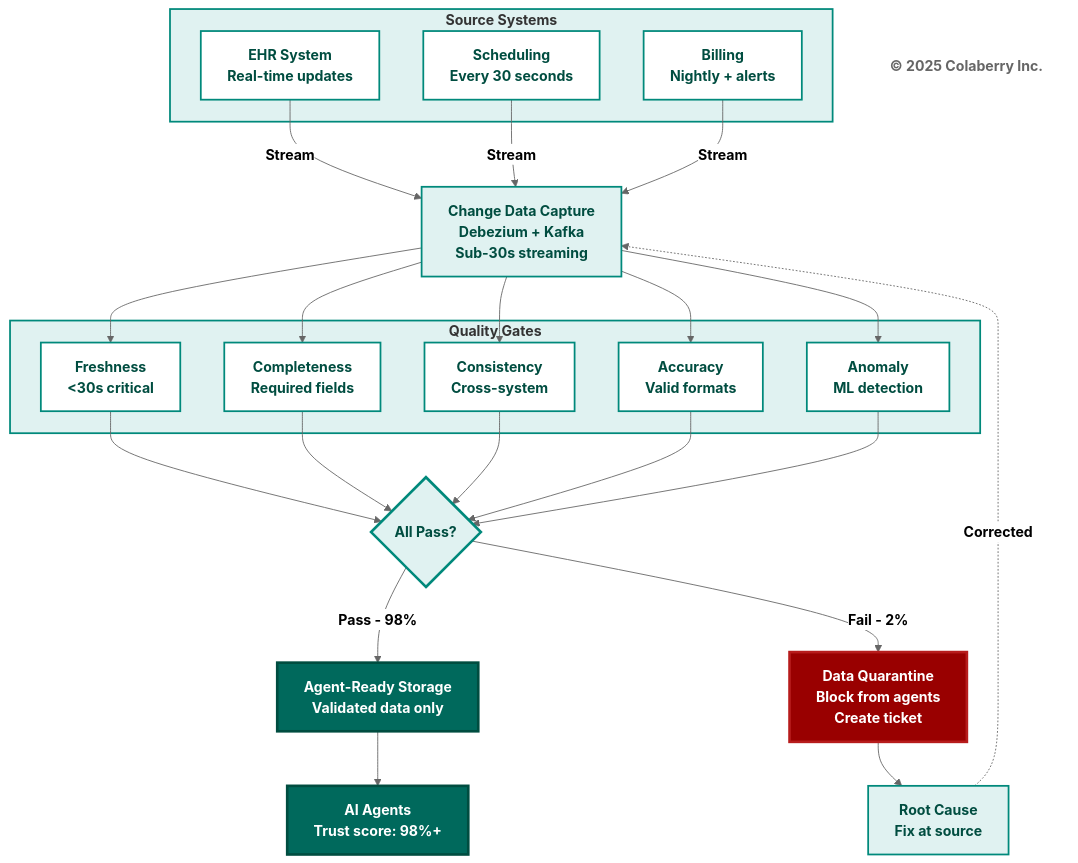
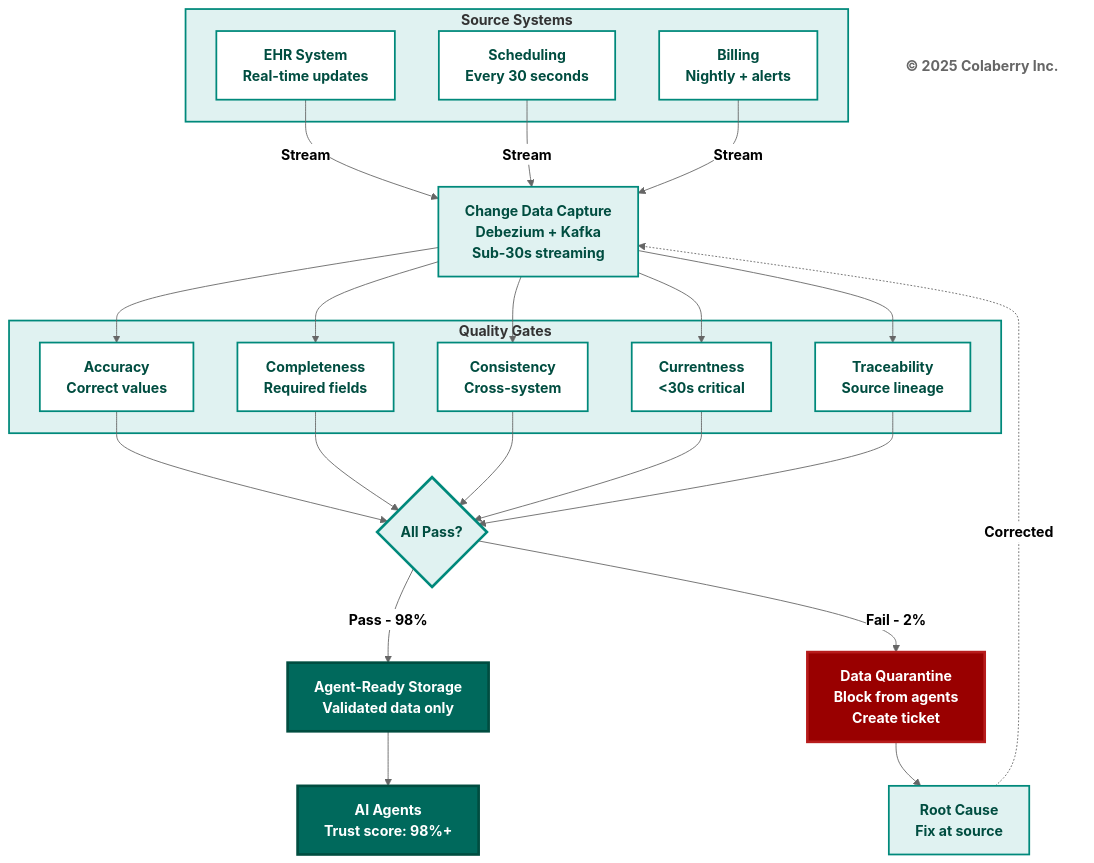
Before and after one commit to saitejesh-cyber/trust-before-intelligence-book: diagram 11 of 14 in manuscript/08_chapter_7_goals_framework.md, drawn with Mermaid (neutral theme). The commit also changed other lines of this file and 1 other file, not shown here.

````diff
--- a/manuscript/08_chapter_7_goals_framework.md
+++ b/manuscript/08_chapter_7_goals_framework.md
@@ -1426,65 +1416,65 @@
 ```mermaid
 graph TB
     subgraph SOURCES["<b>Source Systems</b>"]
         S1["<b>EHR System</b><br/><b>Real-time updates</b>"]
         S2["<b>Scheduling</b><br/><b>Every 30 seconds</b>"]
         S3["<b>Billing</b><br/><b>Nightly + alerts</b>"]
     end
     
     CDC["<b>Change Data Capture</b><br/><b>Debezium + Kafka</b><br/><b>Sub-30s streaming</b>"]
     
     S1 -->|<b>Stream</b>| CDC
     S2 -->|<b>Stream</b>| CDC
     S3 -->|<b>Stream</b>| CDC
     
     subgraph CHECKS["<b>Quality Gates</b>"]
-        Q1["<b>Freshness</b><br/><b><30s critical</b>"]
+        Q1["<b>Accuracy</b><br/><b>Correct values</b>"]
         Q2["<b>Completeness</b><br/><b>Required fields</b>"]
         Q3["<b>Consistency</b><br/><b>Cross-system</b>"]
-        Q4["<b>Accuracy</b><br/><b>Valid formats</b>"]
-        Q5["<b>Anomaly</b><br/><b>ML detection</b>"]
+        Q4["<b>Currentness</b><br/><b><30s critical</b>"]
+        Q5["<b>Traceability</b><br/><b>Source lineage</b>"]
     end
     
     CDC --> Q1
     CDC --> Q2
     CDC --> Q3
     CDC --> Q4
     CDC --> Q5
     
     GATE{<b>All Pass?</b>}
     
     Q1 --> GATE
     Q2 --> GATE
     Q3 --> GATE
     Q4 --> GATE
     Q5 --> GATE
     
     GATE -->|<b>Pass - 98%</b>| STORAGE["<b>Agent-Ready Storage</b><br/><b>Validated data only</b>"]
     
     GATE -->|<b>Fail - 2%</b>| QUARANTINE["<b>Data Quarantine</b><br/><b>Block from agents</b><br/><b>Create ticket</b>"]
     
     STORAGE --> AGENTS["<b>AI Agents</b><br/><b>Trust score: 98%+</b>"]
     
     QUARANTINE --> FIX["<b>Root Cause</b><br/><b>Fix at source</b>"]
     FIX -.->|<b>Corrected</b>| CDC
     
     style SOURCES fill:#e0f2f1,stroke:#00897b,stroke-width:2px
     style S1 fill:#ffffff,stroke:#00897b,stroke-width:2px,color:#004d40
     style S2 fill:#ffffff,stroke:#00897b,stroke-width:2px,color:#004d40
     style S3 fill:#ffffff,stroke:#00897b,stroke-width:2px,color:#004d40
     style CDC fill:#e0f2f1,stroke:#00897b,stroke-width:2px,color:#004d40
     style CHECKS fill:#e0f2f1,stroke:#00897b,stroke-width:2px
     style Q1 fill:#ffffff,stroke:#00897b,stroke-width:2px,color:#004d40
     style Q2 fill:#ffffff,stroke:#00897b,stroke-width:2px,color:#004d40
     style Q3 fill:#ffffff,stroke:#00897b,stroke-width:2px,color:#004d40
     style Q4 fill:#ffffff,stroke:#00897b,stroke-width:2px,color:#004d40
     style Q5 fill:#ffffff,stroke:#00897b,stroke-width:2px,color:#004d40
     style GATE fill:#e0f2f1,stroke:#00897b,stroke-width:3px,color:#004d40
     style STORAGE fill:#00695c,color:#ffffff,stroke:#004d40,stroke-width:3px
     style QUARANTINE fill:#990000,color:#ffffff,stroke:#b71c1c,stroke-width:3px
     style AGENTS fill:#00695c,color:#ffffff,stroke:#004d40,stroke-width:3px
     style FIX fill:#e0f2f1,stroke:#00897b,stroke-width:2px,color:#004d40
     
     Copyright["<b>© 2025 Colaberry Inc.</b>"]
     style Copyright fill:#ffffff,stroke:none,color:#666666
 ```
````
